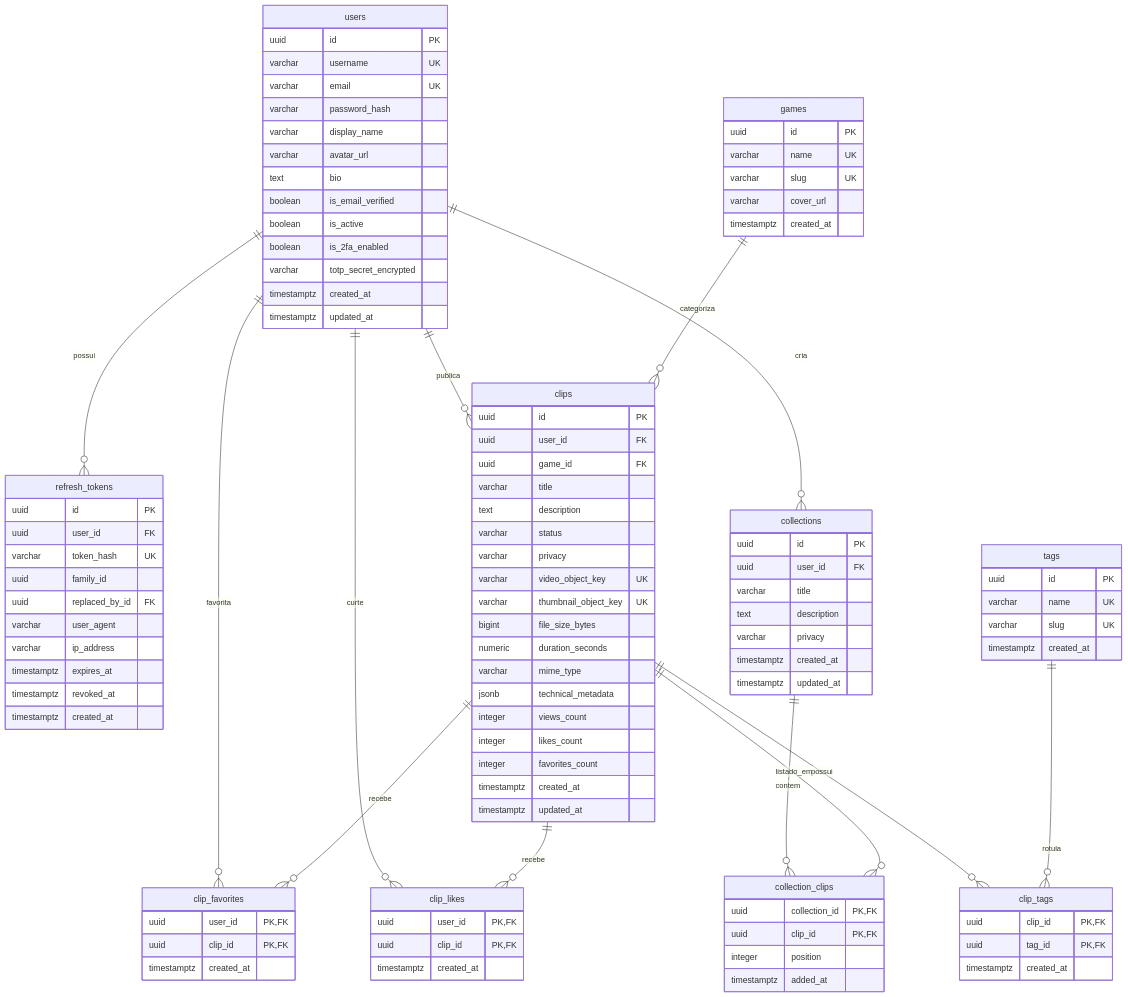
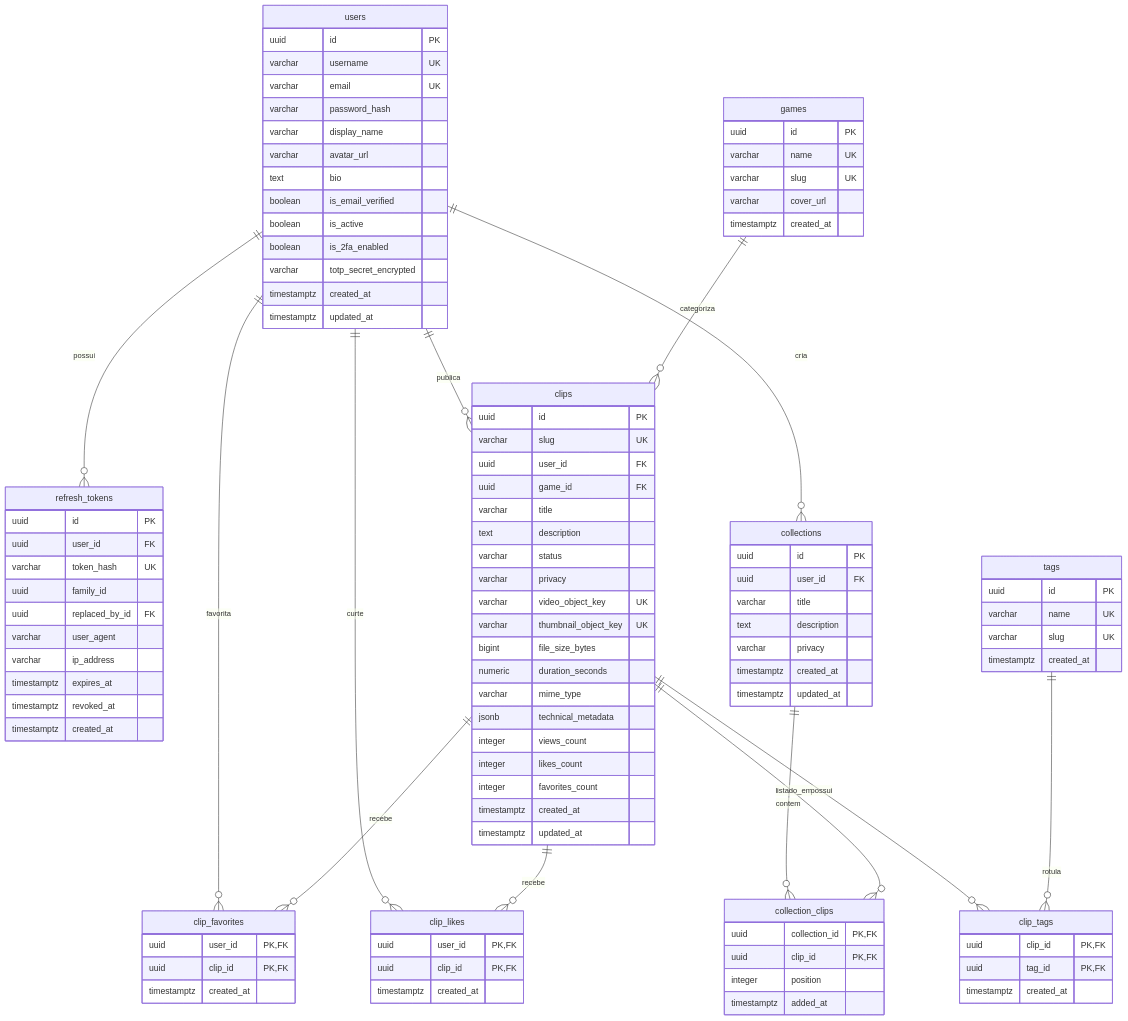
Before and after one commit to Davi-PF/clipai-api: the diagram in docs/DATABASE.md, drawn with Mermaid. The commit also changed other lines of this file and 2 other files, not shown here.

Commit message:
docs: sync database, api contract and architecture for sprint 2

```diff
--- a/docs/DATABASE.md
+++ b/docs/DATABASE.md
@@ -72,6 +72,7 @@
 
     clips {
         uuid id PK
+        varchar slug UK
         uuid user_id FK
         uuid game_id FK
         varchar title
```
